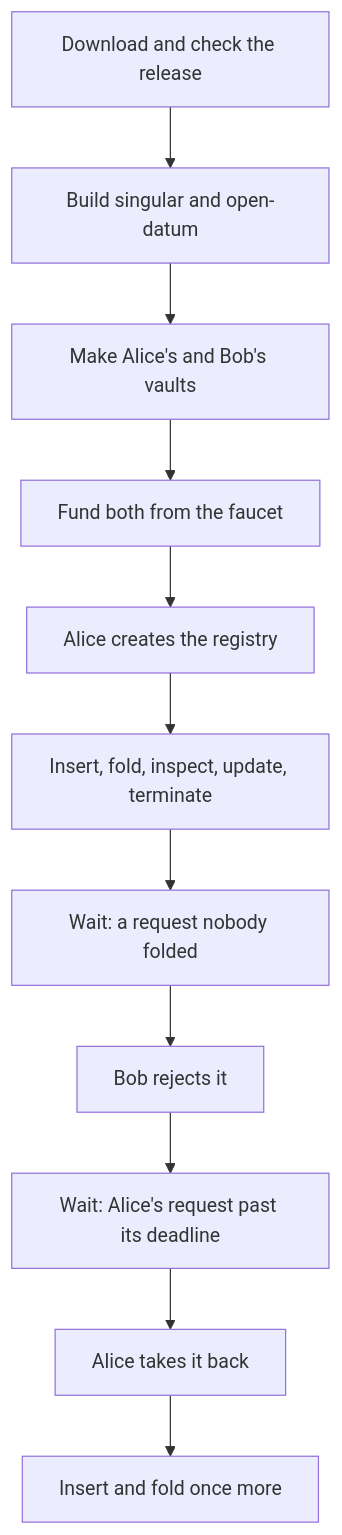
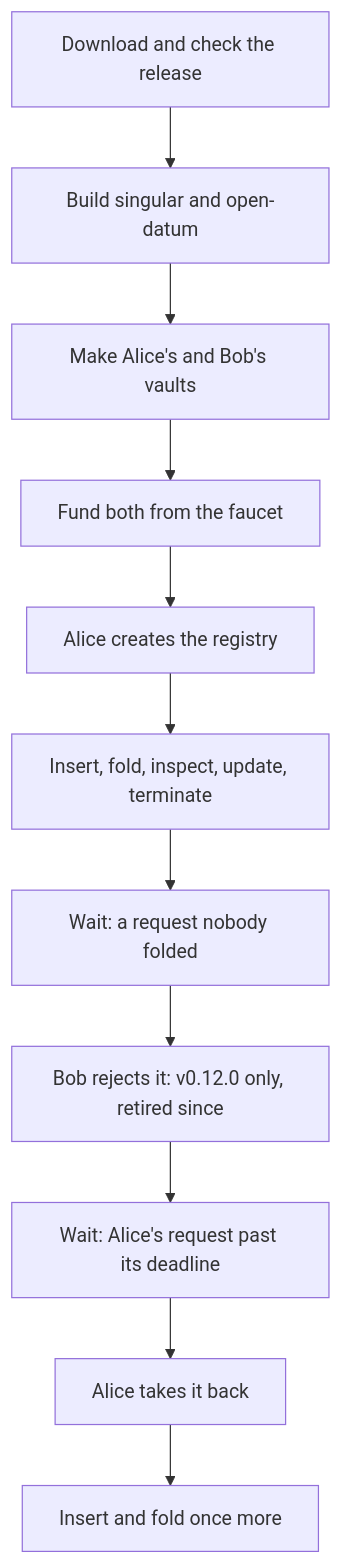
The diagram in docs/demo1-on-preprod.md (lambdasistemi/singular), drawn with Mermaid before and after one commit. The commit also changed other lines of this file and 65 other files, not shown here.

````diff
--- a/docs/demo1-on-preprod.md
+++ b/docs/demo1-on-preprod.md
@@ -16,13 +27,14 @@
 ```mermaid
 flowchart TB
-  Get[Download and check the release] --> Build[Build singular and open-datum]
+  Get[Download and check the release]
+ --> Build[Build singular and open-datum]
   Build --> Wallets[Make Alice's and Bob's vaults]
   Wallets --> Faucet[Fund both from the faucet]
   Faucet --> Create[Alice creates the registry]
   Create --> Play[Insert, fold, inspect, update, terminate]
   Play --> Wait1[Wait: a request nobody folded]
-  Wait1 --> Reject[Bob rejects it]
+  Wait1 --> Reject[Bob rejects it: v0.12.0 only, retired since]
   Reject --> Wait2[Wait: Alice's request past its deadline]
   Wait2 --> Reclaim[Alice takes it back]
   Reclaim --> End[Insert and fold once more]
 ```
````
